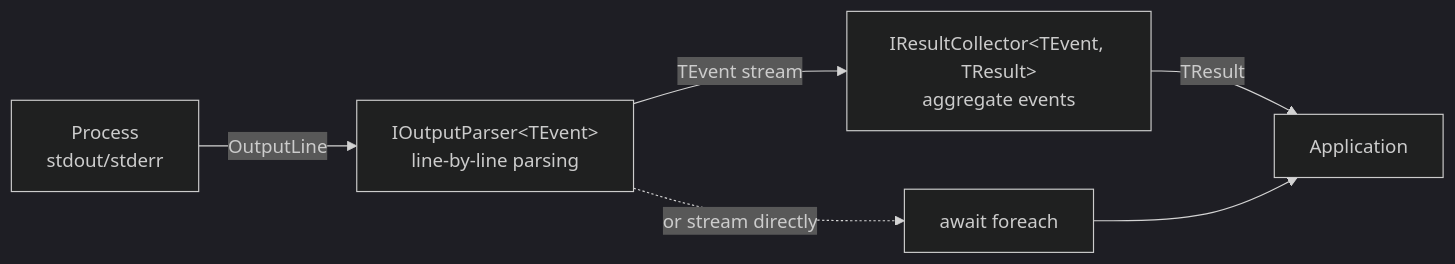
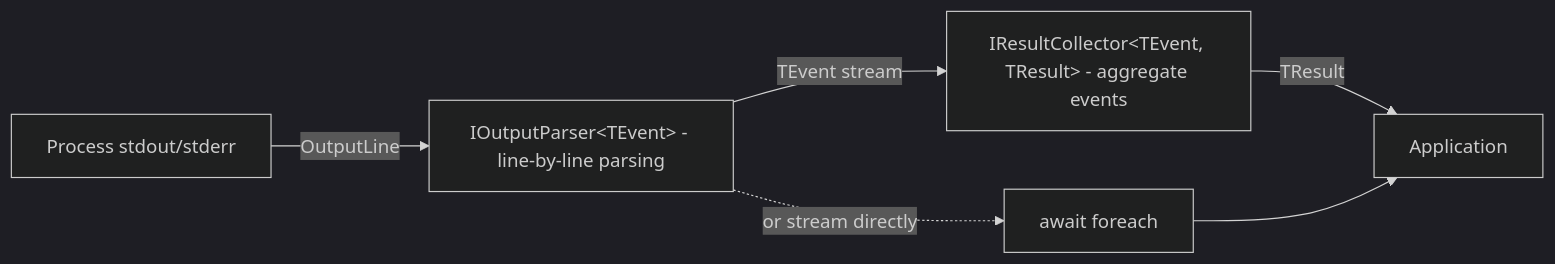
The fourth of 5 diagrams in Net/FrenchExDev/BinaryWrapper/doc/HOW-TO.md (FrenchExDev/FrenchExDev), drawn with Mermaid (dark theme) before and after one commit. The commit also changed other lines of this file and 2 other files, not shown here.

Commit message:
fix: mermaid markdown

````diff
--- a/Net/FrenchExDev/BinaryWrapper/doc/HOW-TO.md
+++ b/Net/FrenchExDev/BinaryWrapper/doc/HOW-TO.md
@@ -531,9 +531,9 @@
 ```mermaid
 flowchart LR
-    PROC["Process<br>stdout/stderr"] -->|"OutputLine"| PARSER["IOutputParser#lt;TEvent#gt;<br>line-by-line parsing"]
-    PARSER -->|"TEvent stream"| COLLECT["IResultCollector#lt;TEvent, TResult#gt;<br>aggregate events"]
+    PROC["Process stdout/stderr"] -->|"OutputLine"| PARSER["IOutputParser#lt;TEvent#gt; - line-by-line parsing"]
+    PARSER -->|"TEvent stream"| COLLECT["IResultCollector#lt;TEvent, TResult#gt; - aggregate events"]
     COLLECT -->|"TResult"| APP["Application"]
 
     PARSER -.->|"or stream directly"| STREAM["await foreach"]
     STREAM --> APP
 ```
````
